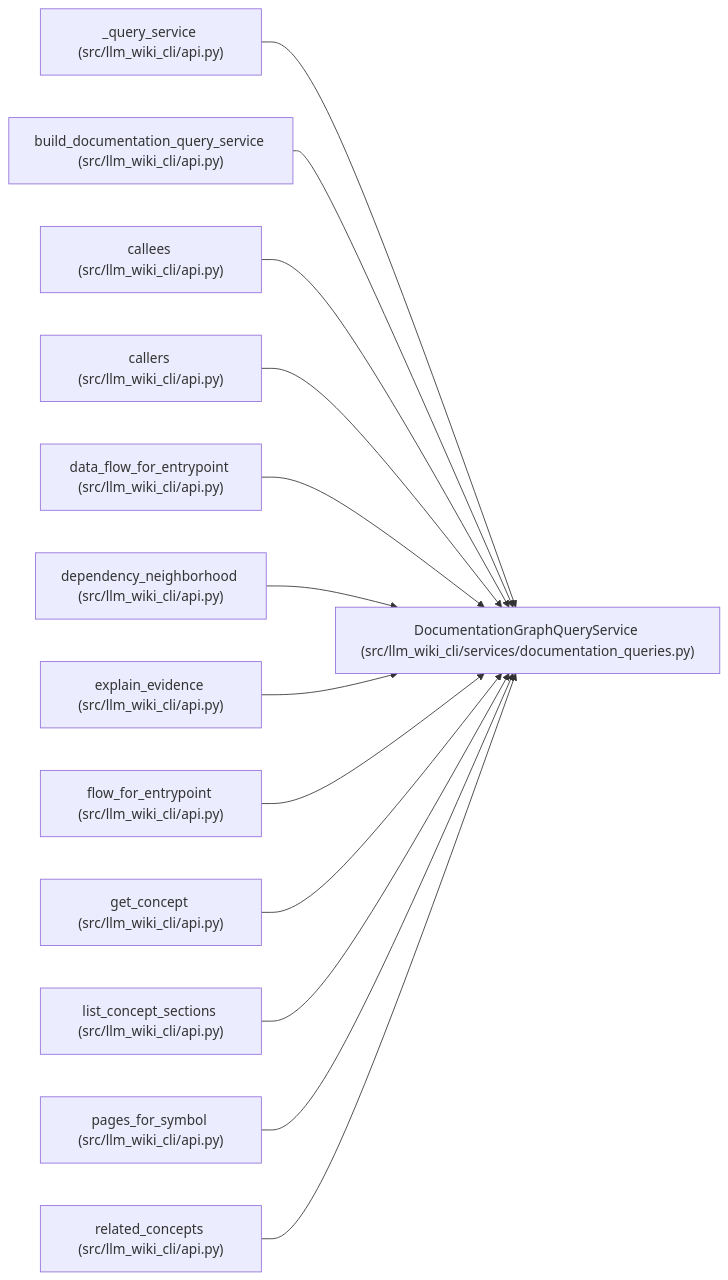
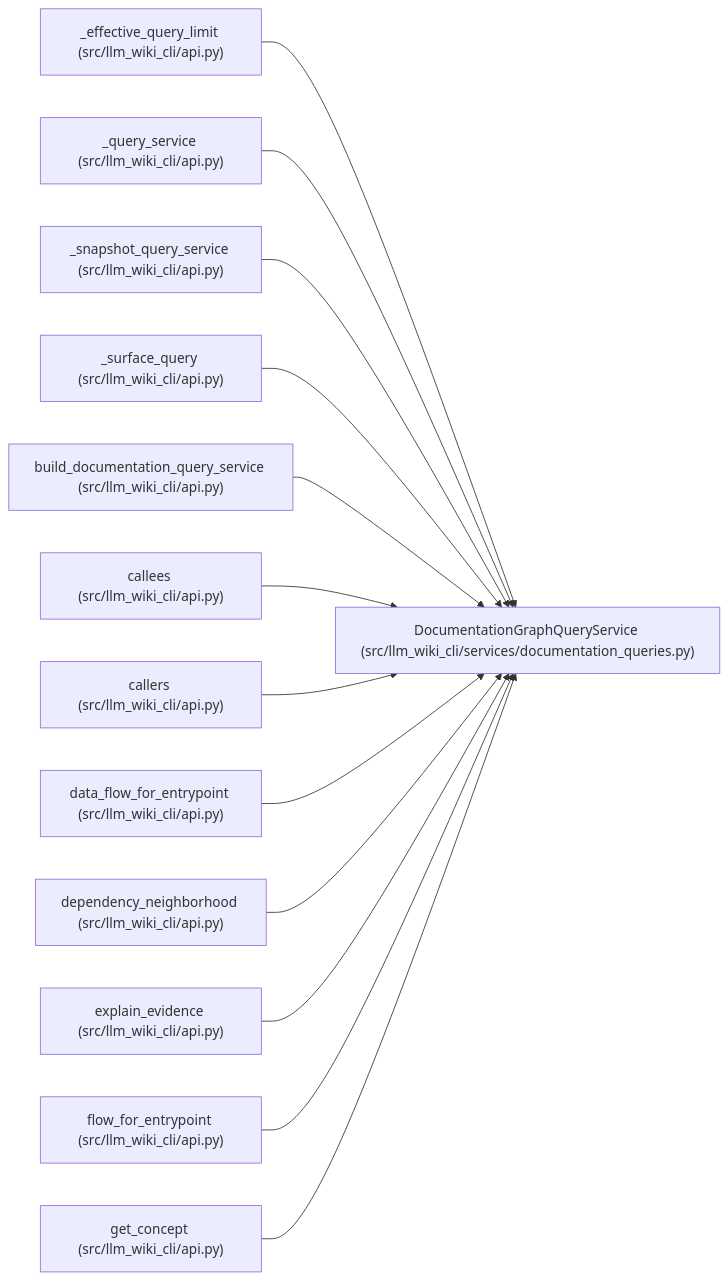
One commit to Denissvgn/python-wiki-llm changed the diagram in docs/llm_wiki/entities/DocumentationGraphQueryService.md. Above: the diagram before and after it, drawn with Mermaid. The commit also changed other lines of this file and 364 other files, not shown here.

````diff
--- a/docs/llm_wiki/entities/DocumentationGraphQueryService.md
+++ b/docs/llm_wiki/entities/DocumentationGraphQueryService.md
@@ -73,41 +75,41 @@
 ```mermaid
 flowchart LR
     n0["DocumentationGraphQueryService (src/llm_wiki_cli/services/documentation_queries.py)"]
-    n1["_query_service (src/llm_wiki_cli/api.py)"]
-    n2["build_documentation_query_service (src/llm_wiki_cli/api.py)"]
-    n3["callees (src/llm_wiki_cli/api.py)"]
-    n4["callers (src/llm_wiki_cli/api.py)"]
-    n5["data_flow_for_entrypoint (src/llm_wiki_cli/api.py)"]
-    n6["dependency_neighborhood (src/llm_wiki_cli/api.py)"]
-    n7["explain_evidence (src/llm_wiki_cli/api.py)"]
-    n8["flow_for_entrypoint (src/llm_wiki_cli/api.py)"]
-    n9["get_concept (src/llm_wiki_cli/api.py)"]
-    n10["list_concept_sections (src/llm_wiki_cli/api.py)"]
-    n11["pages_for_symbol (src/llm_wiki_cli/api.py)"]
-    n12["related_concepts (src/llm_wiki_cli/api.py)"]
+    n1["_effective_query_limit (src/llm_wiki_cli/api.py)"]
+    n2["_query_service (src/llm_wiki_cli/api.py)"]
+    n3["_snapshot_query_service (src/llm_wiki_cli/api.py)"]
+    n4["_surface_query (src/llm_wiki_cli/api.py)"]
+    n5["build_documentation_query_service (src/llm_wiki_cli/api.py)"]
+    n6["callees (src/llm_wiki_cli/api.py)"]
+    n7["callers (src/llm_wiki_cli/api.py)"]
+    n8["data_flow_for_entrypoint (src/llm_wiki_cli/api.py)"]
+    n9["dependency_neighborhood (src/llm_wiki_cli/api.py)"]
+    n10["explain_evidence (src/llm_wiki_cli/api.py)"]
+    n11["flow_for_entrypoint (src/llm_wiki_cli/api.py)"]
+    n12["get_concept (src/llm_wiki_cli/api.py)"]
     n1 --> n0
     n2 --> n0
     n3 --> n0
     n4 --> n0
     n5 --> n0
     n6 --> n0
     n7 --> n0
     n8 --> n0
     n9 --> n0
     n10 --> n0
     n11 --> n0
     n12 --> n0
     click n0 "../modules/documentation_queries.md"
     click n1 "../modules/api.md"
     click n2 "../modules/api.md"
     click n3 "../modules/api.md"
     click n4 "../modules/api.md"
     click n5 "../modules/api.md"
     click n6 "../modules/api.md"
     click n7 "../modules/api.md"
     click n8 "../modules/api.md"
     click n9 "../modules/api.md"
     click n10 "../modules/api.md"
     click n11 "../modules/api.md"
     click n12 "../modules/api.md"
 ```
````
